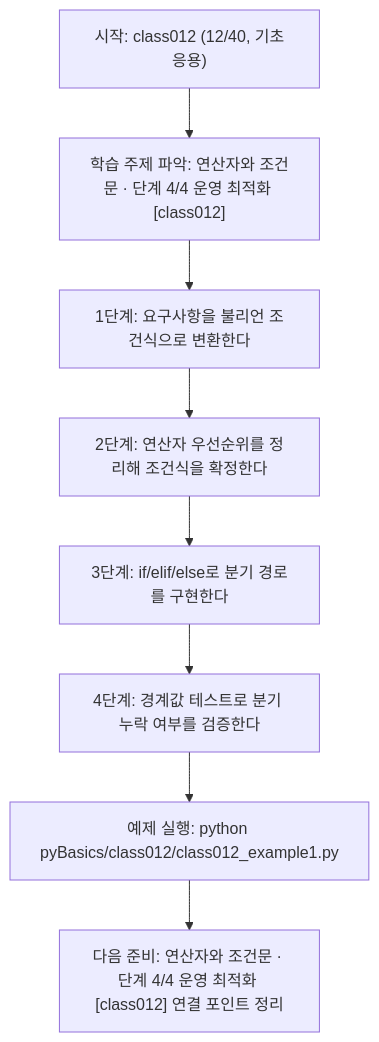
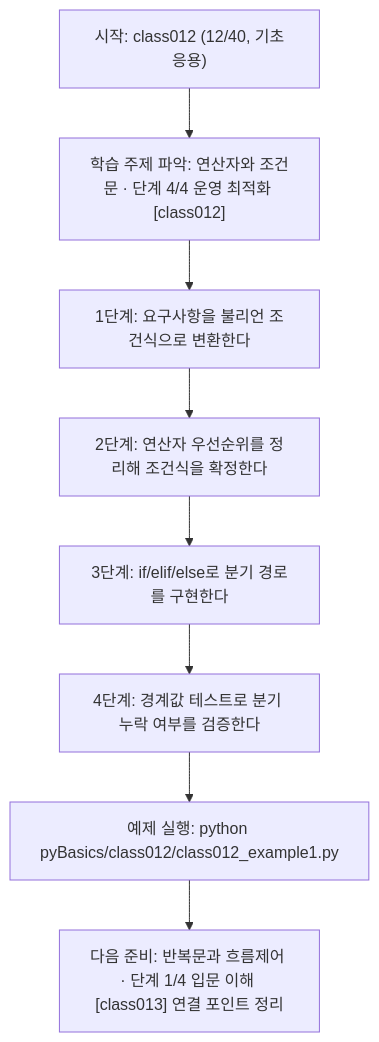
Before and after one commit to edumgt/Python-AI_Agent-Class: the diagram in pyBasics/class012/class012.md, drawn with Mermaid. The commit also changed other lines of this file and 2370 other files, not shown here.

````diff
--- a/pyBasics/class012/class012.md
+++ b/pyBasics/class012/class012.md
@@ -109,18 +91,18 @@
 ```mermaid
 flowchart TD
 N1["시작: class012 (12/40, 기초응용)"]
 N2["학습 주제 파악: 연산자와 조건문 · 단계 4/4 운영 최적화 [class012]"]
 N3["1단계: 요구사항을 불리언 조건식으로 변환한다"]
 N4["2단계: 연산자 우선순위를 정리해 조건식을 확정한다"]
 N5["3단계: if/elif/else로 분기 경로를 구현한다"]
 N6["4단계: 경계값 테스트로 분기 누락 여부를 검증한다"]
 N7["예제 실행: python pyBasics/class012/class012_example1.py"]
-N8["다음 준비: 연산자와 조건문 · 단계 4/4 운영 최적화 [class012] 연결 포인트 정리"]
+N8["다음 준비: 반복문과 흐름제어 · 단계 1/4 입문 이해 [class013] 연결 포인트 정리"]
 N1 --> N2
 N2 --> N3
 N3 --> N4
 N4 --> N5
 N5 --> N6
 N6 --> N7
 N7 --> N8
 ```
````
